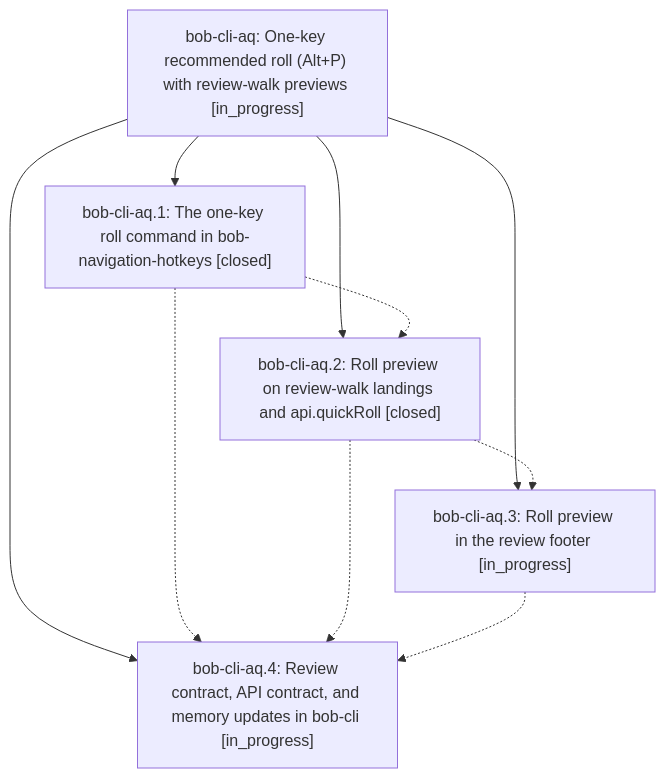
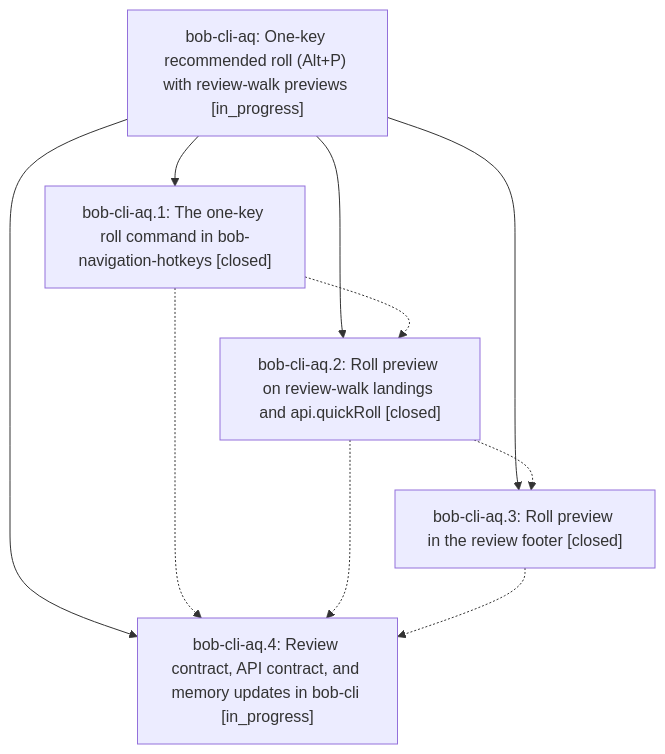
The diagram in pages/bob-cli-aq/README.md (bobs-org/bob-cli--beads), drawn with Mermaid before and after one commit. The commit also changed other lines of this file and 4 other files, not shown here.

First line of the commit message:
chore(beads): sync bead state and pages for bob-cli-aq

````diff
--- a/pages/bob-cli-aq/README.md
+++ b/pages/bob-cli-aq/README.md
@@ -39,17 +39,17 @@
 ```mermaid
 flowchart TD
     n0["bob-cli-aq: One-key recommended roll (Alt+P) with review-walk previews [in_progress]"]
     n1["bob-cli-aq.1: The one-key roll command in bob-navigation-hotkeys [closed]"]
     n2["bob-cli-aq.2: Roll preview on review-walk landings and api.quickRoll [closed]"]
-    n3["bob-cli-aq.3: Roll preview in the review footer [in_progress]"]
+    n3["bob-cli-aq.3: Roll preview in the review footer [closed]"]
     n4["bob-cli-aq.4: Review contract, API contract, and memory updates in bob-cli [in_progress]"]
     n0 --> n1
     n0 --> n2
     n0 --> n3
     n0 --> n4
     n1 -.-> n2
     n1 -.-> n4
     n2 -.-> n3
     n2 -.-> n4
     n3 -.-> n4
 ```
````
